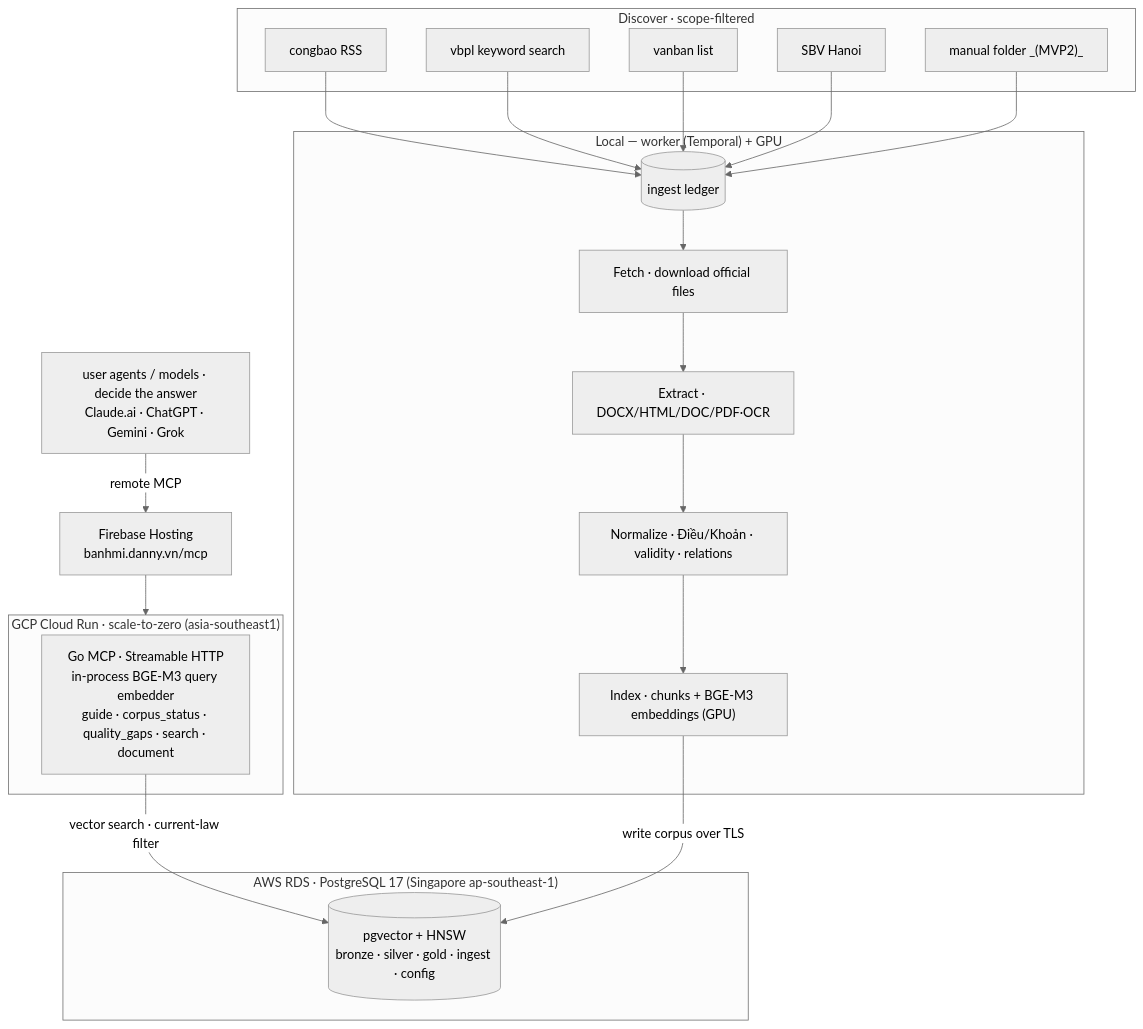
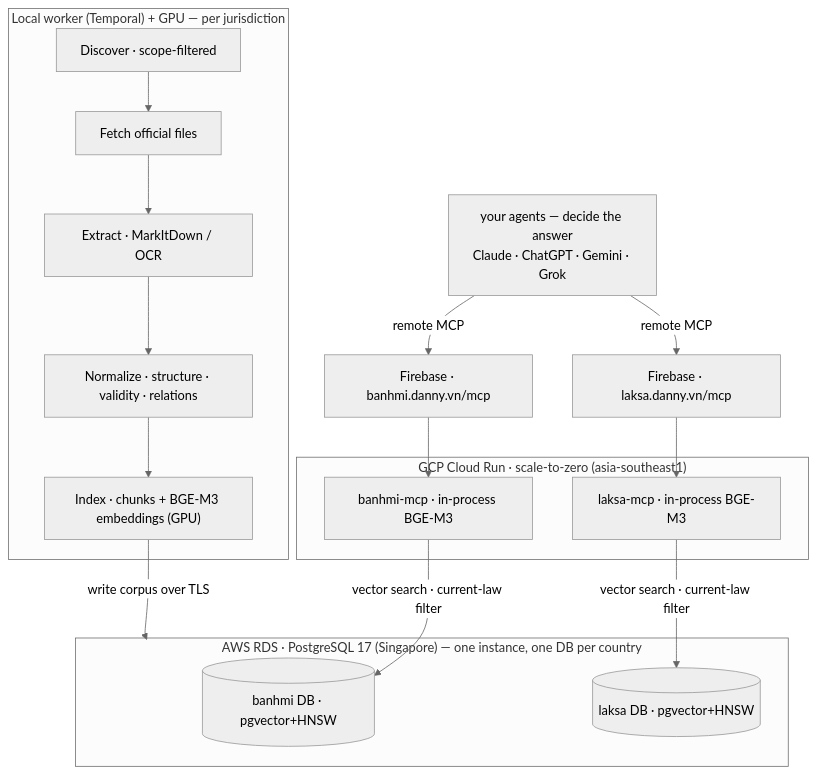
Before and after one commit to dannyota/banhmi: the diagram in README.md, drawn with Mermaid (neutral theme). The commit also changed other lines of this file, not shown here.

First line of the commit message:
docs: rewrite README for the multi-jurisdiction launch (banhmi + laksa)

````diff
--- a/README.md
+++ b/README.md
@@ -75,39 +93,26 @@
 ```mermaid
 flowchart TB
-  subgraph SRC["Discover · scope-filtered"]
-    RSS["congbao RSS"]
-    VBK["vbpl keyword search"]
-    VBN["vanban list"]
-    SH["SBV Hanoi"]
-    MAN["manual folder _(MVP2)_"]
+  subgraph LOCAL["Local worker (Temporal) + GPU — per jurisdiction"]
+    DISC["Discover · scope-filtered"] --> DL["Fetch official files"]
+    DL --> EXT["Extract · MarkItDown / OCR"]
+    EXT --> NORM["Normalize · structure · validity · relations"]
+    NORM --> IDX["Index · chunks + BGE-M3 embeddings (GPU)"]
   end
 
-  subgraph LOCAL["Local — worker (Temporal) + GPU"]
-    LEDGER[("ingest ledger")]
-    DL["Fetch · download official files"]
-    EXT["Extract · DOCX/HTML/DOC/PDF·OCR"]
-    NORM["Normalize · Điều/Khoản · validity · relations"]
-    IDX["Index · chunks + BGE-M3 embeddings (GPU)"]
-    LEDGER --> DL --> EXT --> NORM --> IDX
-  end
-
-  subgraph RDS["AWS RDS · PostgreSQL 17 (Singapore ap-southeast-1)"]
-    PG[("pgvector + HNSW<br/>bronze · silver · gold · ingest · config")]
+  subgraph RDS["AWS RDS · PostgreSQL 17 (Singapore) — one instance, one DB per country"]
+    PGVN[("banhmi DB · pgvector+HNSW")]
+    PGMY[("laksa DB · pgvector+HNSW")]
   end
 
   subgraph CR["GCP Cloud Run · scale-to-zero (asia-southeast1)"]
-    MCP["Go MCP · Streamable HTTP<br/>in-process BGE-M3 query embedder<br/>guide · corpus_status · quality_gaps · search · document"]
+    MCPVN["banhmi-mcp · in-process BGE-M3"]
+    MCPMY["laksa-mcp · in-process BGE-M3"]
   end
 
-  FB["Firebase Hosting<br/>banhmi.danny.vn/mcp"]
-  MCP -->|vector search · current-law filter| PG
-
-  RSS --> LEDGER
-  VBK --> LEDGER
-  VBN --> LEDGER
-  SH --> LEDGER
-  MAN --> LEDGER
-  IDX -->|write corpus over TLS| PG
-  USERS["user agents / models · decide the answer<br/>Claude.ai · ChatGPT · Gemini · Grok"] -->|remote MCP| FB
-  FB --> CR
+  IDX -->|write corpus over TLS| RDS
+  MCPVN -->|vector search · current-law filter| PGVN
+  MCPMY -->|vector search · current-law filter| PGMY
+  FBVN["Firebase · banhmi.danny.vn/mcp"] --> MCPVN
+  FBMY["Firebase · laksa.danny.vn/mcp"] --> MCPMY
+  USERS["your agents — decide the answer<br/>Claude · ChatGPT · Gemini · Grok"] -->|remote MCP| FBVN & FBMY
 ```
````
